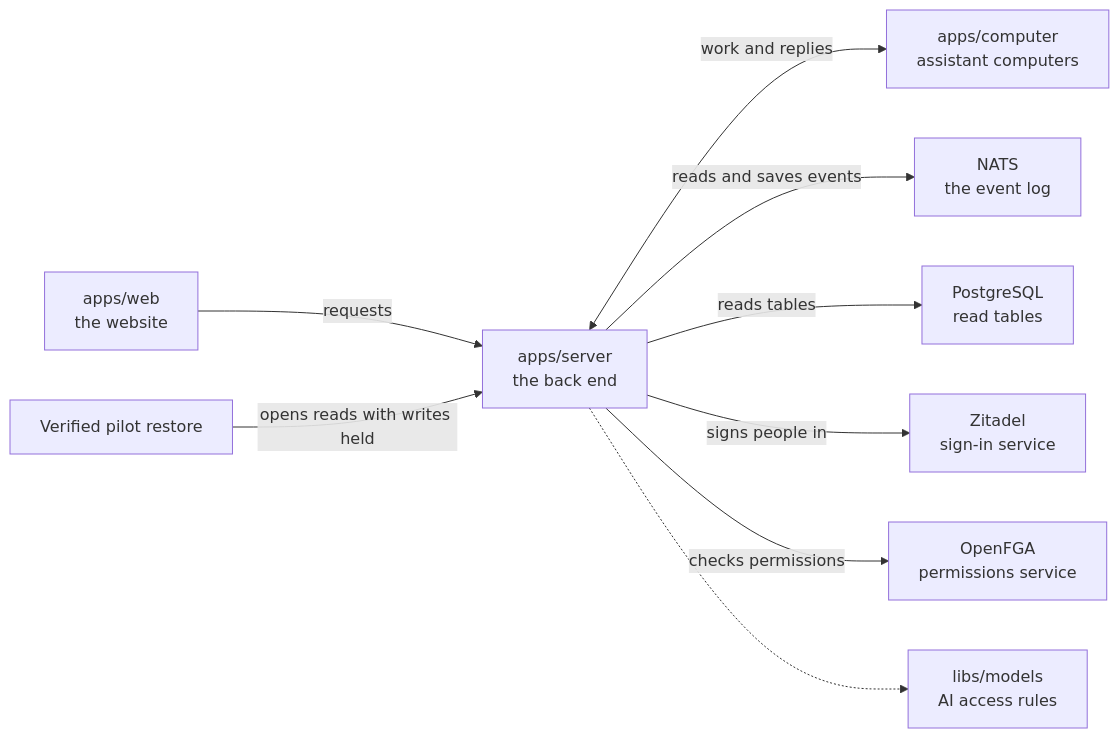
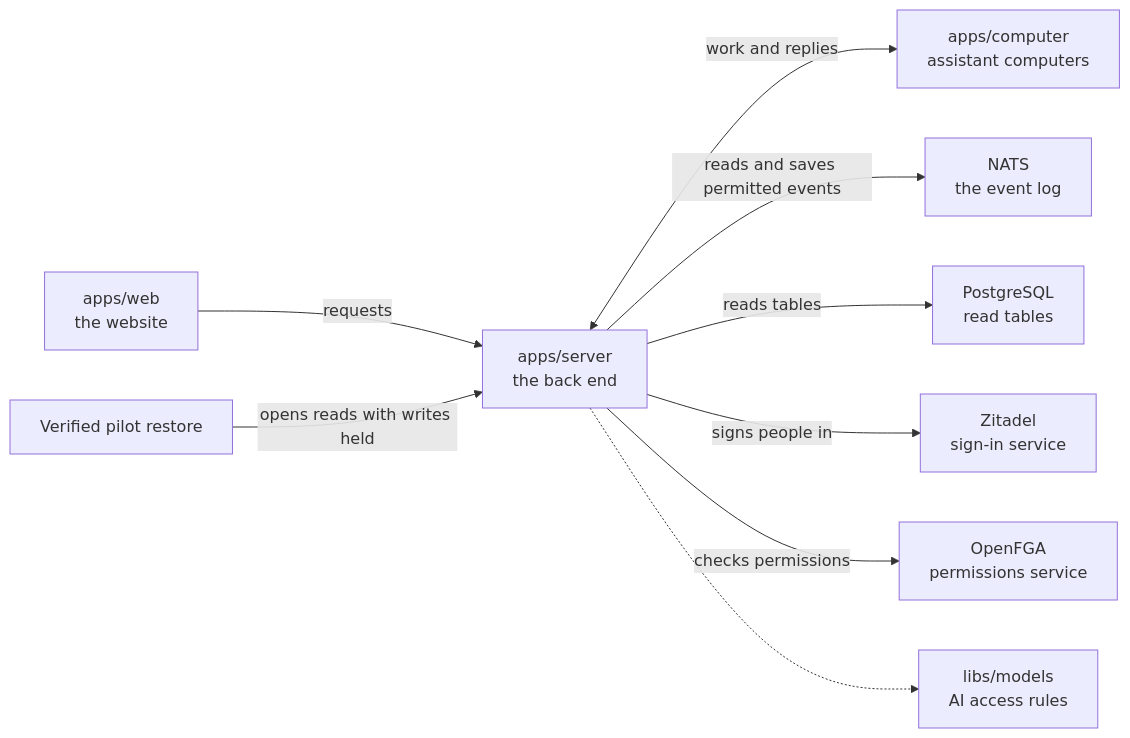
One commit to elewa-git/opencrane-new changed the diagram in apps/server/README.md. Above: the diagram before and after it, drawn with Mermaid. The commit also changed other lines of this file and 90 other files, not shown here.

First line of the commit message:
🔒 Keep anonymous live-view refusals out of the event log (#1172)

````diff
--- a/apps/server/README.md
+++ b/apps/server/README.md
@@ -19,11 +19,11 @@
 ```mermaid
 flowchart LR
   web["apps/web<br/>the website"] -->|requests| server["apps/server<br/>the back end"]
   server <-->|work and replies| computer["apps/computer<br/>assistant computers"]
-  server -->|reads and saves events| nats["NATS<br/>the event log"]
+  server -->|reads and saves permitted events| nats["NATS<br/>the event log"]
   server -->|reads tables| postgres["PostgreSQL<br/>read tables"]
   server -->|signs people in| zitadel["Zitadel<br/>sign-in service"]
   server -->|checks permissions| openfga["OpenFGA<br/>permissions service"]
   restore["Verified pilot restore"] -->|opens reads with writes held| server
   server -.-> models["libs/models<br/>AI access rules"]
 ```
````
